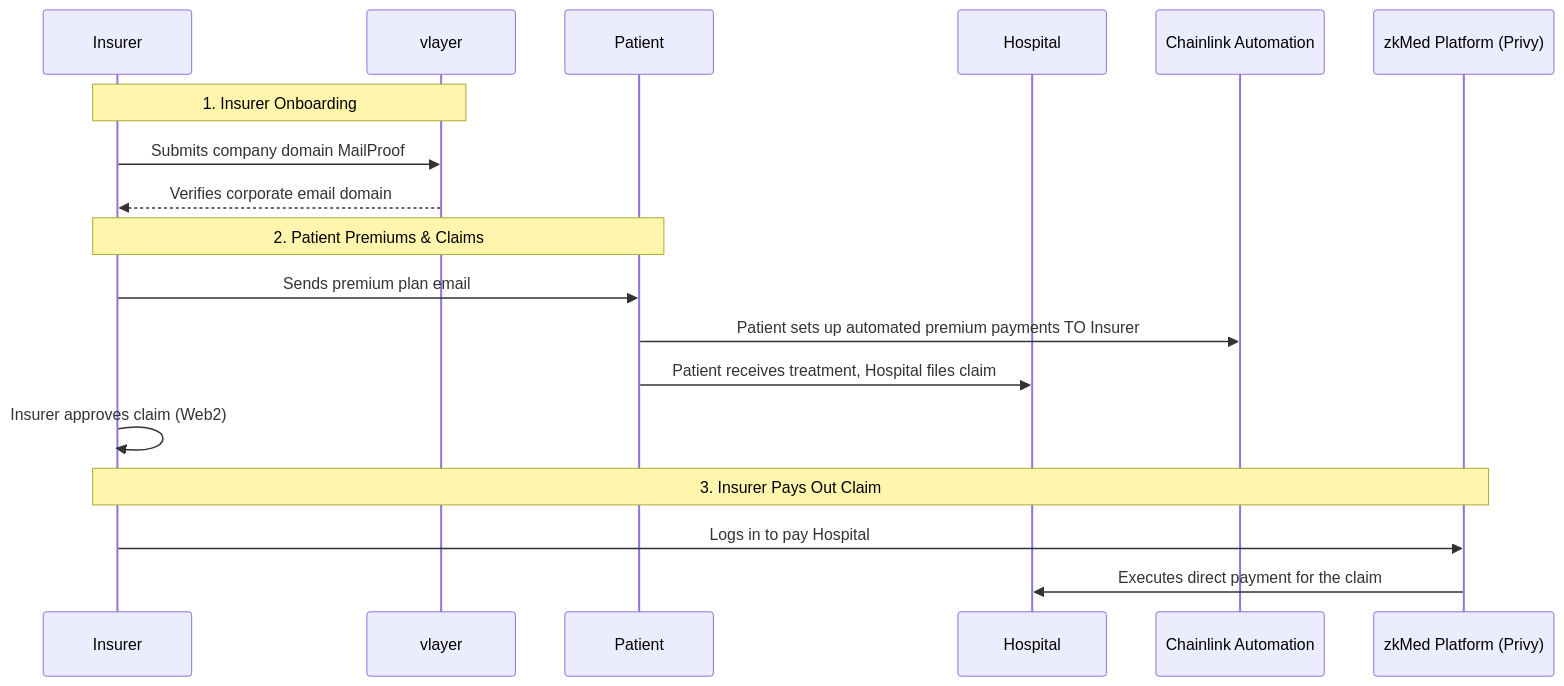
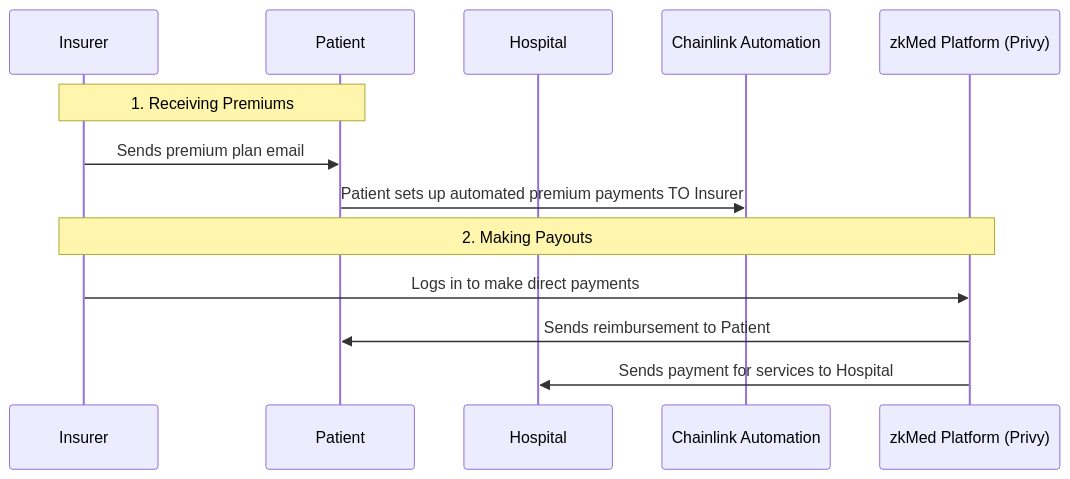
The sixth of 6 diagrams in README.md (ppezzull/zkMed), drawn with Mermaid before and after one commit. The commit also changed other lines of this file, not shown here.

````diff
--- a/README.md
+++ b/README.md
@@ -187,23 +170,17 @@
 ```mermaid
 sequenceDiagram
     participant I as Insurer
-    participant V as vlayer
     participant P as Patient
     participant H as Hospital
     participant C as Chainlink Automation
     participant Privy as zkMed Platform (Privy)
 
-    Note over I,V: 1. Insurer Onboarding
-    I->>V: Submits company domain MailProof
-    V-->>I: Verifies corporate email domain
-
-    Note over I,P: 2. Patient Premiums & Claims
+    Note over I,P: 1. Receiving Premiums
     I->>P: Sends premium plan email
     P->>C: Patient sets up automated premium payments TO Insurer
-    P->>H: Patient receives treatment, Hospital files claim
-    I->>I: Insurer approves claim (Web2)
 
-    Note over I,Privy: 3. Insurer Pays Out Claim
-    I->>Privy: Logs in to pay Hospital
-    Privy->>H: Executes direct payment for the claim
+    Note over I,Privy: 2. Making Payouts
+    I->>Privy: Logs in to make direct payments
+    Privy->>P: Sends reimbursement to Patient
+    Privy->>H: Sends payment for services to Hospital
 ```
````
